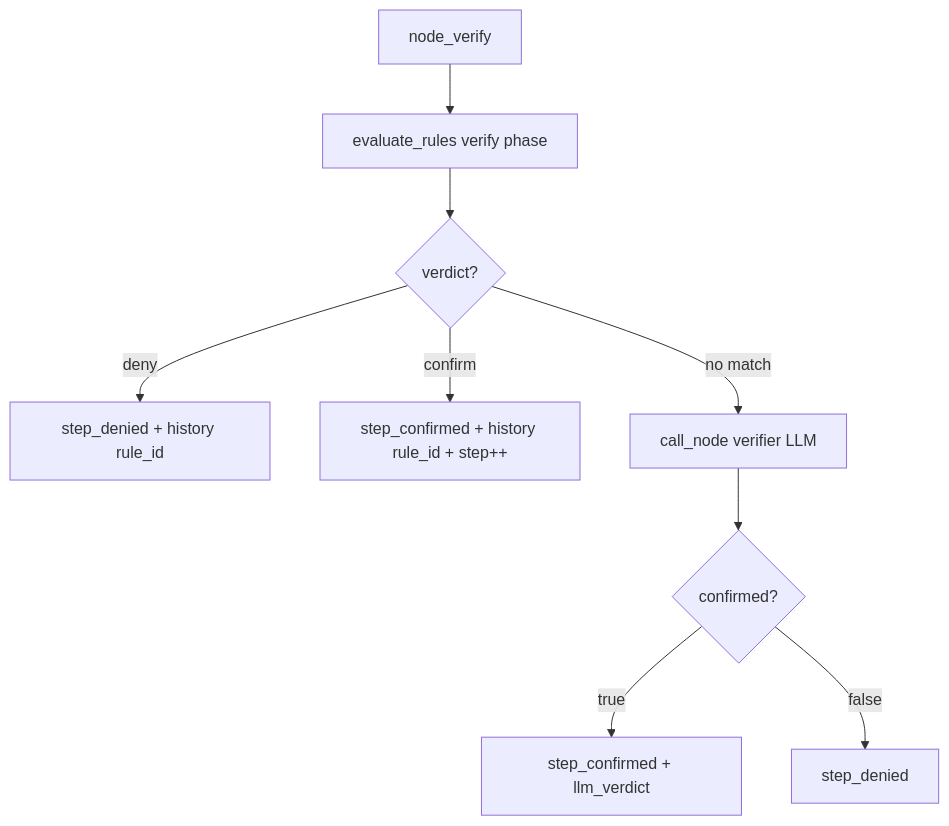
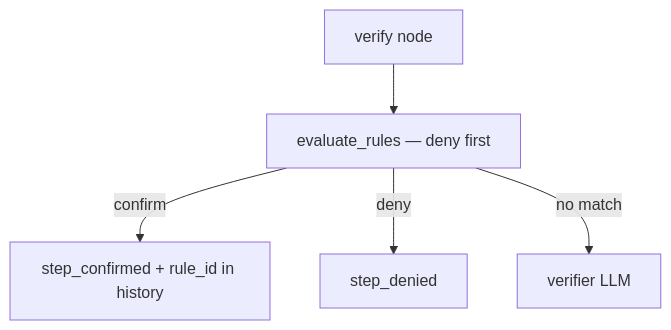
One commit to wgabrys88/endgame-ai changed the seventh of 8 diagrams in README.md. Above: the diagram before and after it, drawn with Mermaid. The commit also changed other lines of this file, not shown here.

````diff
--- a/README.md
+++ b/README.md
@@ -445,11 +399,7 @@
 ```mermaid
 flowchart TD
-    V[node_verify] --> E[evaluate_rules verify phase]
-    E --> D{verdict?}
-    D -->|deny| DN[step_denied + history rule_id]
-    D -->|confirm| CF[step_confirmed + history rule_id + step++]
-    D -->|no match| LLM[call_node verifier LLM]
-    LLM --> C{confirmed?}
-    C -->|true| CF2[step_confirmed + llm_verdict]
-    C -->|false| DN2[step_denied]
+    V[verify node] --> R[evaluate_rules — deny first]
+    R -->|confirm| OK[step_confirmed + rule_id in history]
+    R -->|deny| NO[step_denied]
+    R -->|no match| LLM[verifier LLM]
 ```
````
